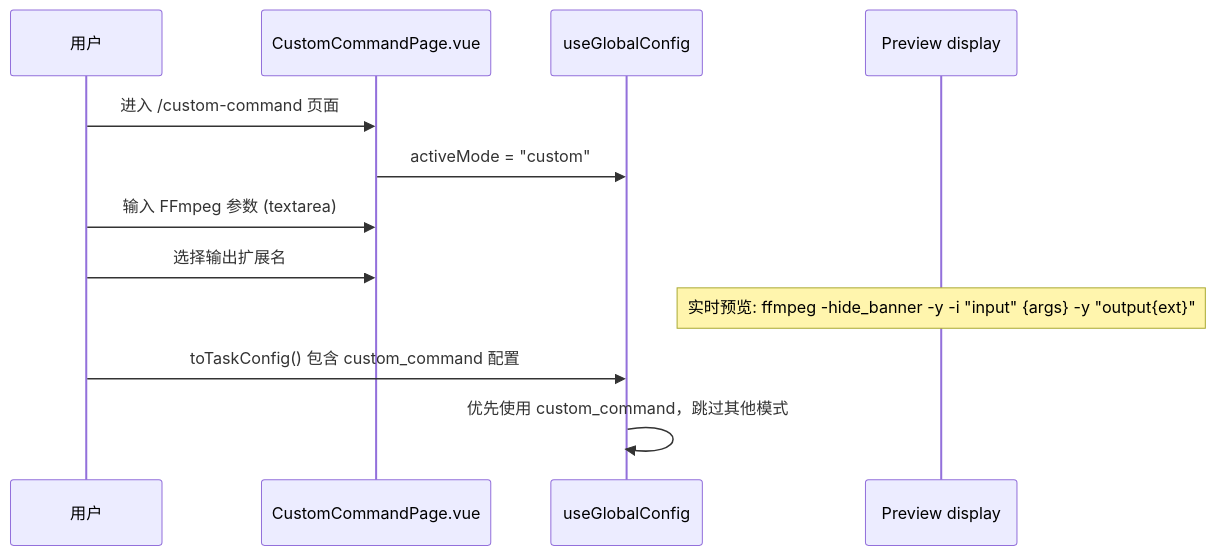
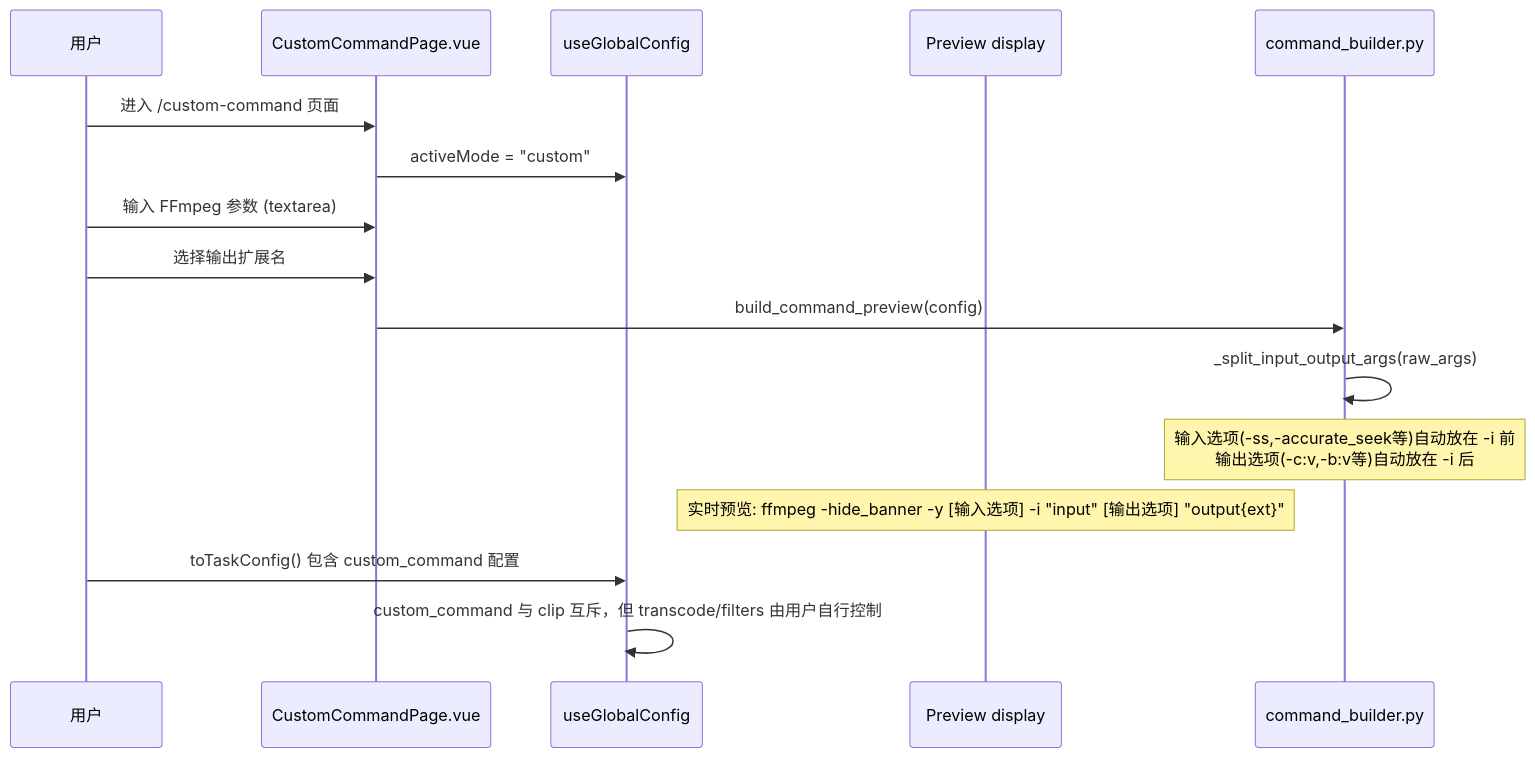
Before and after one commit to wish2333/ff-intelligent-neo: diagram 11 of 22 in docs/Procedure.md, drawn with Mermaid. The commit also changed other lines of this file and 5 other files, not shown here.

````diff
--- a/docs/Procedure.md
+++ b/docs/Procedure.md
@@ -528,15 +541,19 @@
 ```mermaid
 sequenceDiagram
     participant User as 用户
     participant Page as CustomCommandPage.vue
     participant Config as useGlobalConfig
     participant Preview as Preview display
+    participant Builder as command_builder.py
 
     User->>Page: 进入 /custom-command 页面
     Page->>Config: activeMode = "custom"
     User->>Page: 输入 FFmpeg 参数 (textarea)
     User->>Page: 选择输出扩展名
-    Note over Preview: 实时预览: ffmpeg -hide_banner -y -i "input" {args} -y "output{ext}"
+    Page->>Builder: build_command_preview(config)
+    Builder->>Builder: _split_input_output_args(raw_args)
+    Note over Builder: 输入选项(-ss,-accurate_seek等)自动放在 -i 前<br/>输出选项(-c:v,-b:v等)自动放在 -i 后
+    Note over Preview: 实时预览: ffmpeg -hide_banner -y [输入选项] -i "input" [输出选项] "output{ext}"
     User->>Config: toTaskConfig() 包含 custom_command 配置
-    Config->>Config: 优先使用 custom_command，跳过其他模式
+    Config->>Config: custom_command 与 clip 互斥，但 transcode/filters 由用户自行控制
 ```
````
